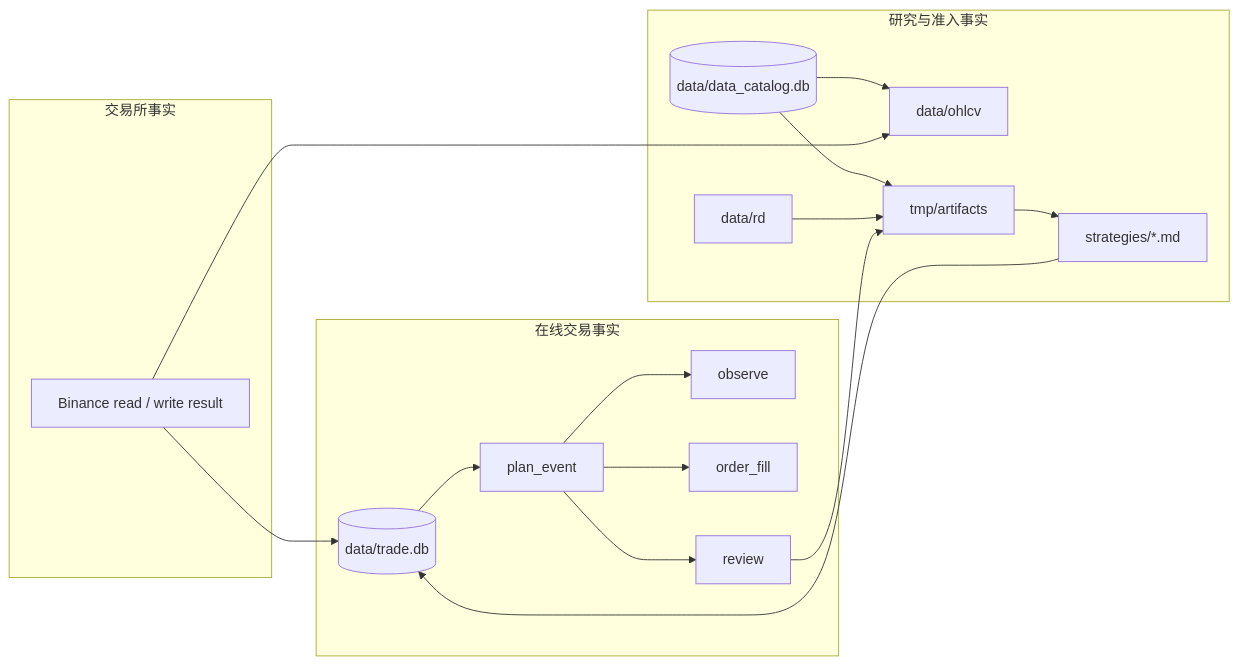
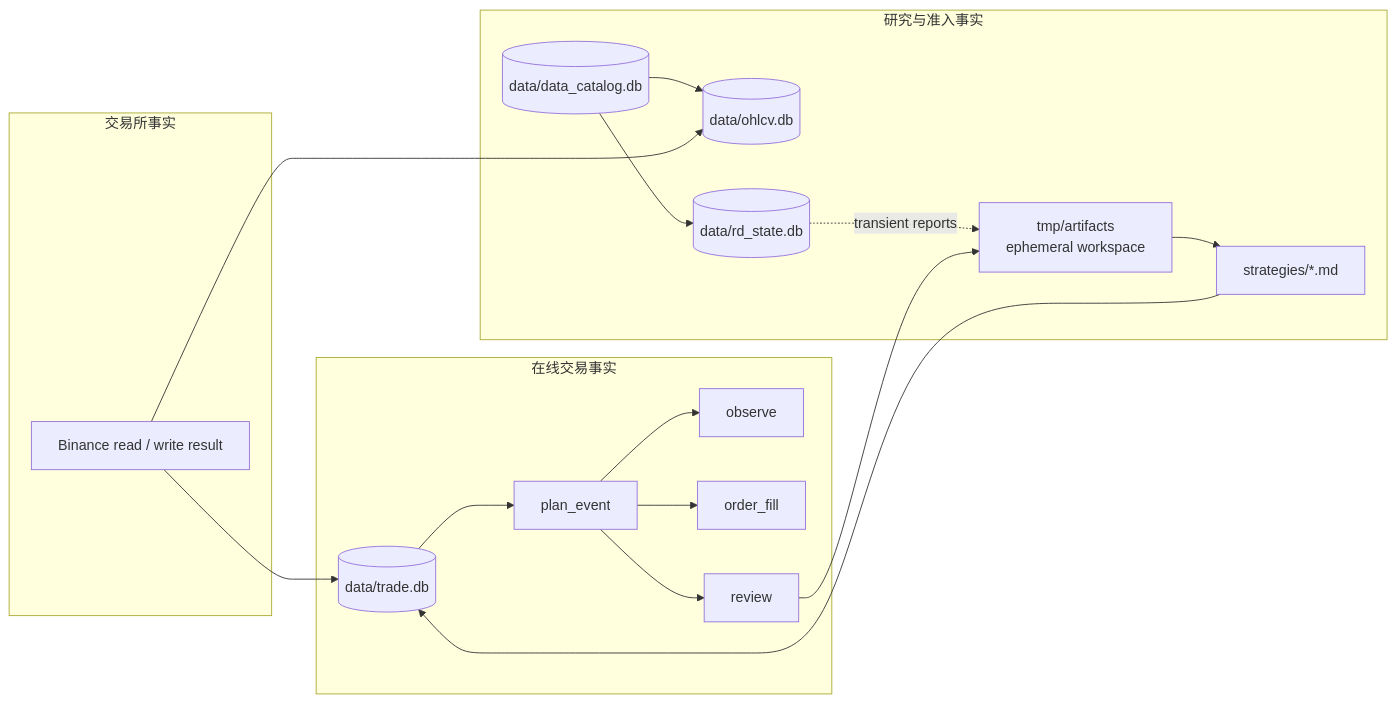
The third of 8 diagrams in README.md (qOeOp/trade), drawn with Mermaid before and after one commit. The commit also changed other lines of this file and 32 other files, not shown here.

````diff
--- a/README.md
+++ b/README.md
@@ -108,35 +108,35 @@
 ```mermaid
 flowchart LR
   subgraph Exchange["交易所事实"]
     BIN["Binance read / write result"]
   end
 
   subgraph Trade["在线交易事实"]
     DB[("data/trade.db")]
     PE["plan_event"]
     OBS["observe"]
     FILL["order_fill"]
     REV["review"]
     DB --> PE
     PE --> OBS
     PE --> FILL
     PE --> REV
   end
 
   subgraph Research["研究与准入事实"]
     CAT[("data/data_catalog.db")]
-    OHLCV["data/ohlcv"]
-    ART["tmp/artifacts"]
-    STATE["data/rd"]
+    OHLCV[("data/ohlcv.db")]
+    ART["tmp/artifacts<br/>ephemeral workspace"]
+    STATE[("data/rd_state.db")]
     STRAT["strategies/*.md"]
     CAT --> OHLCV
-    CAT --> ART
-    STATE --> ART
+    CAT --> STATE
+    STATE -. "transient reports" .-> ART
     ART --> STRAT
   end
 
   BIN --> DB
   BIN --> OHLCV
   REV --> ART
   STRAT --> DB
 ```
````
